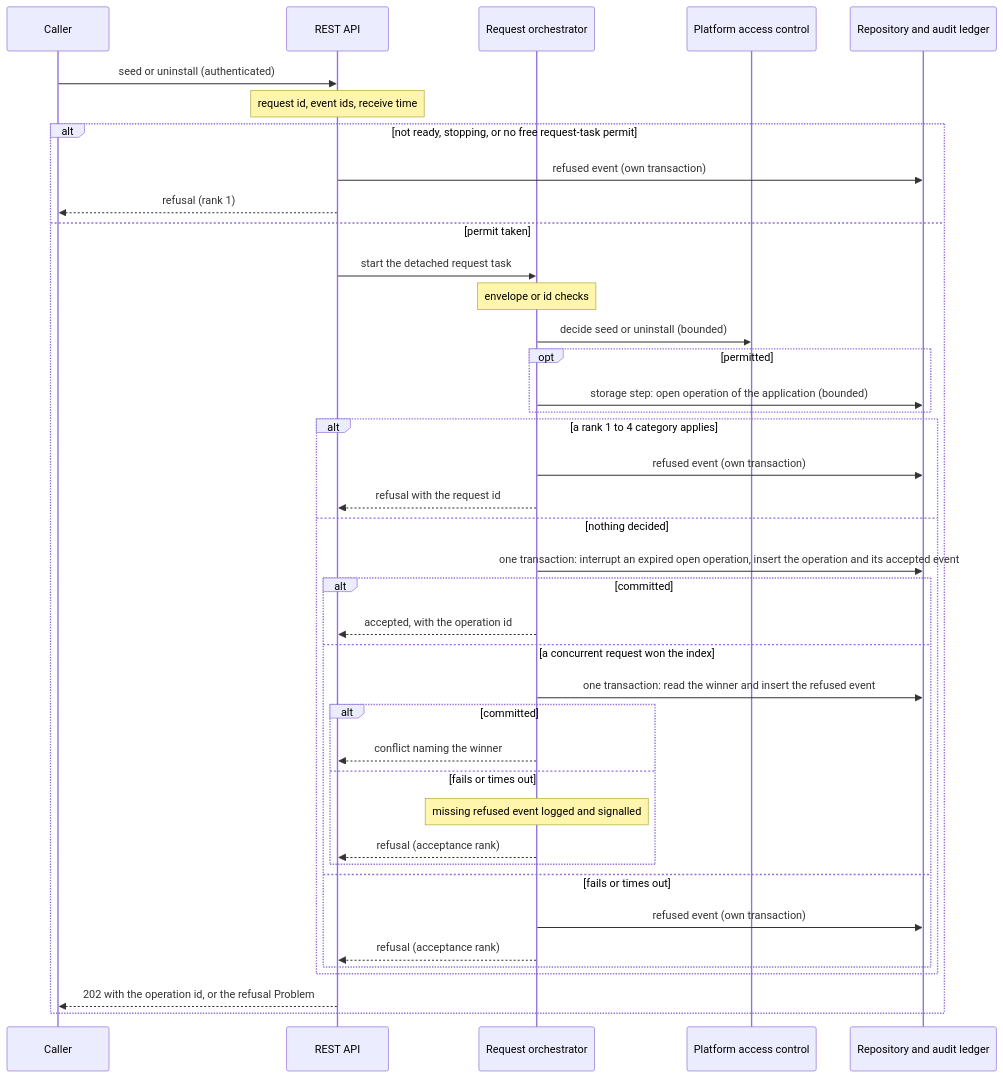
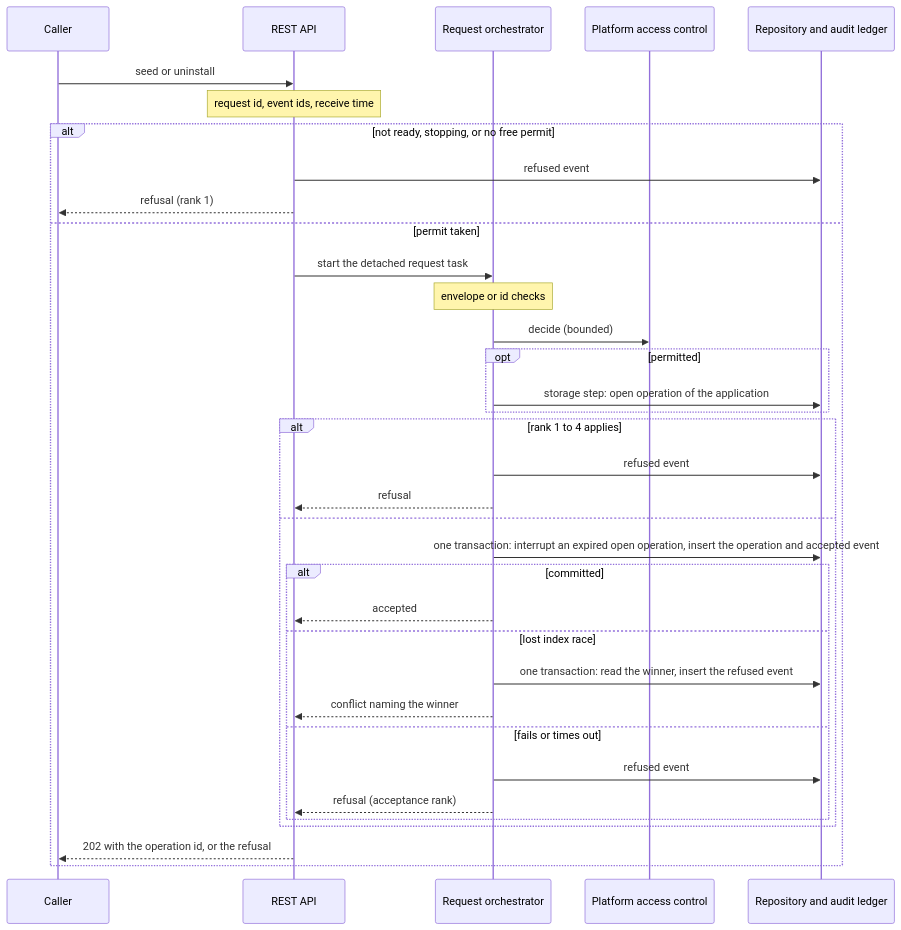
Before and after one commit to constructorfabric/gears-rust: the fourth of 6 diagrams in gears/system/application-manager/docs/DESIGN.md, drawn with Mermaid. The commit also changed other lines of this file and 5 other files, not shown here.

````diff
--- a/gears/system/application-manager/docs/DESIGN.md
+++ b/gears/system/application-manager/docs/DESIGN.md
@@ -696,42 +569,37 @@
 ```mermaid
 sequenceDiagram
     participant C as Caller
     participant API as REST API
     participant O as Request orchestrator
     participant PDP as Platform access control
     participant R as Repository and audit ledger
-    C ->> API: seed or uninstall (authenticated)
+    C ->> API: seed or uninstall
     Note over API: request id, event ids, receive time
-    alt not ready, stopping, or no free request-task permit
-        API ->> R: refused event (own transaction)
+    alt not ready, stopping, or no free permit
+        API ->> R: refused event
         API -->> C: refusal (rank 1)
     else permit taken
         API ->> O: start the detached request task
         Note over O: envelope or id checks
-        O ->> PDP: decide seed or uninstall (bounded)
+        O ->> PDP: decide (bounded)
         opt permitted
-            O ->> R: storage step: open operation of the application (bounded)
+            O ->> R: storage step: open operation of the application
         end
-        alt a rank 1 to 4 category applies
-            O ->> R: refused event (own transaction)
-            O -->> API: refusal with the request id
-        else nothing decided
-            O ->> R: one transaction: interrupt an expired open operation, insert the operation and its accepted event
+        alt rank 1 to 4 applies
+            O ->> R: refused event
+            O -->> API: refusal
+        else
+            O ->> R: one transaction: interrupt an expired open operation, insert the operation and accepted event
             alt committed
-                O -->> API: accepted, with the operation id
-            else a concurrent request won the index
-                O ->> R: one transaction: read the winner and insert the refused event
-                alt committed
-                    O -->> API: conflict naming the winner
-                else fails or times out
-                    Note over O: missing refused event logged and signalled
-                    O -->> API: refusal (acceptance rank)
-                end
+                O -->> API: accepted
+            else lost index race
+                O ->> R: one transaction: read the winner, insert the refused event
+                O -->> API: conflict naming the winner
             else fails or times out
-                O ->> R: refused event (own transaction)
+                O ->> R: refused event
                 O -->> API: refusal (acceptance rank)
             end
         end
-        API -->> C: 202 with the operation id, or the refusal Problem
+        API -->> C: 202 with the operation id, or the refusal
     end
 ```
````
